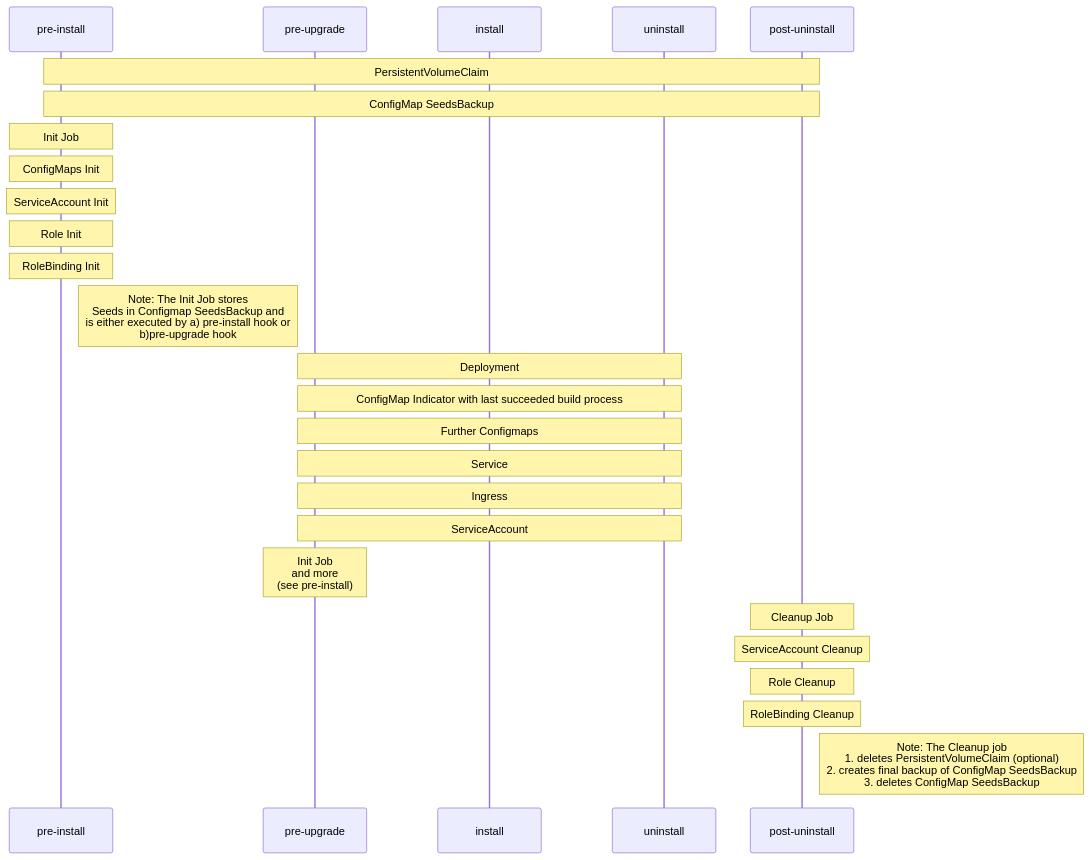
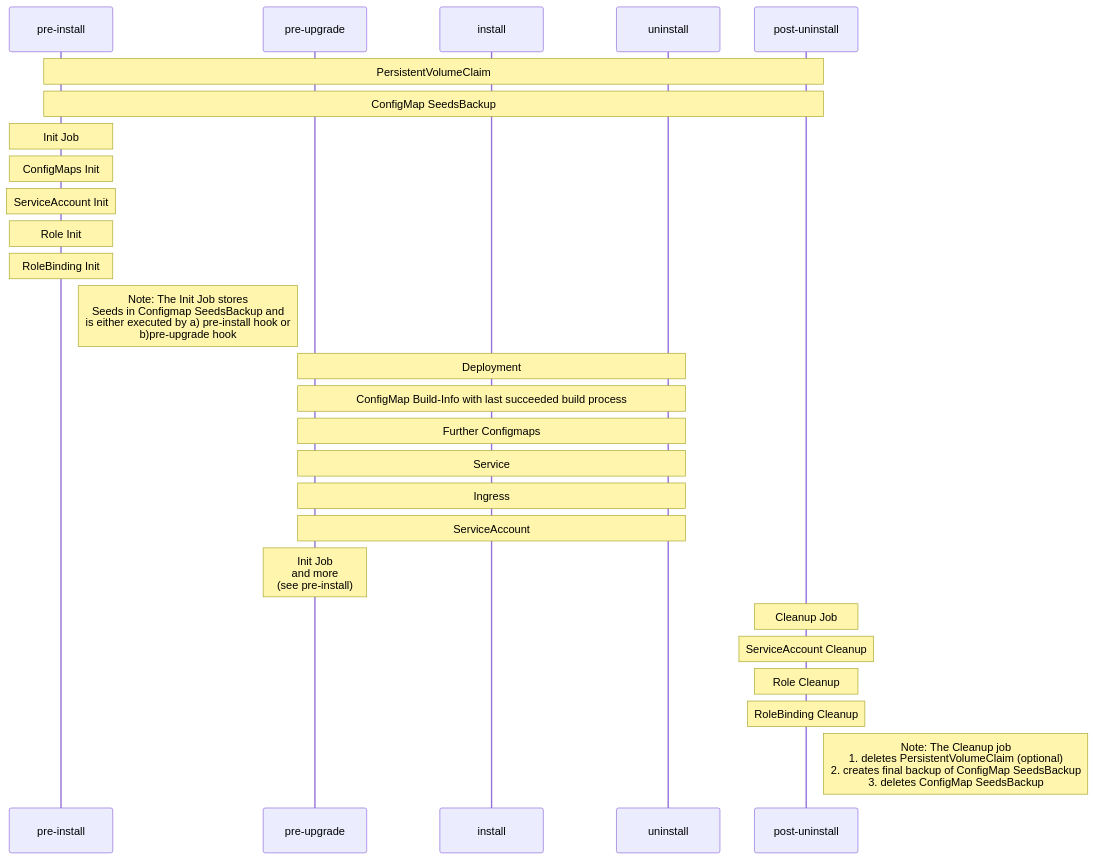
Before and after one commit to PharmaLedger-IMI/helmchart-ethadapter: the first of 6 diagrams in charts/epi/README.md, drawn with Mermaid. The commit also changed other lines of this file and 4 other files, not shown here.

Commit message:
rename indicator to build-info

````diff
--- a/charts/epi/README.md
+++ b/charts/epi/README.md
@@ -39,28 +39,28 @@
 ```mermaid
 sequenceDiagram
   participant PIN as pre-install
   participant PUP as pre-upgrade
   participant I as install
   participant U as uninstall
   participant PUN as post-uninstall
   Note over PIN,PUN: PersistentVolumeClaim
   Note over PIN,PUN: ConfigMap SeedsBackup
   Note over PIN:Init Job
   Note over PIN:ConfigMaps Init
   Note over PIN:ServiceAccount Init
   Note over PIN:Role Init
   Note over PIN:RoleBinding Init
   note right of PIN: Note: The Init Job stores <br/>Seeds in Configmap SeedsBackup and <br/> is either executed by a) pre-install hook or<br/>b)pre-upgrade hook
   Note over PUP,U:Deployment
-  Note over PUP,U:ConfigMap Indicator with last succeeded build process
+  Note over PUP,U:ConfigMap Build-Info with last succeeded build process
   Note over PUP,U:Further Configmaps
   Note over PUP,U:Service
   Note over PUP,U:Ingress
   Note over PUP,U:ServiceAccount
   Note over PUP:Init Job<br/>and more<br/>(see pre-install)
   Note over PUN:Cleanup Job
   Note over PUN:ServiceAccount Cleanup
   Note over PUN:Role Cleanup
   Note over PUN:RoleBinding Cleanup
   note right of PUN: Note: The Cleanup job<br/>1. deletes PersistentVolumeClaim (optional)<br/>2. creates final backup of ConfigMap SeedsBackup<br/>3. deletes ConfigMap SeedsBackup
 ```
````
